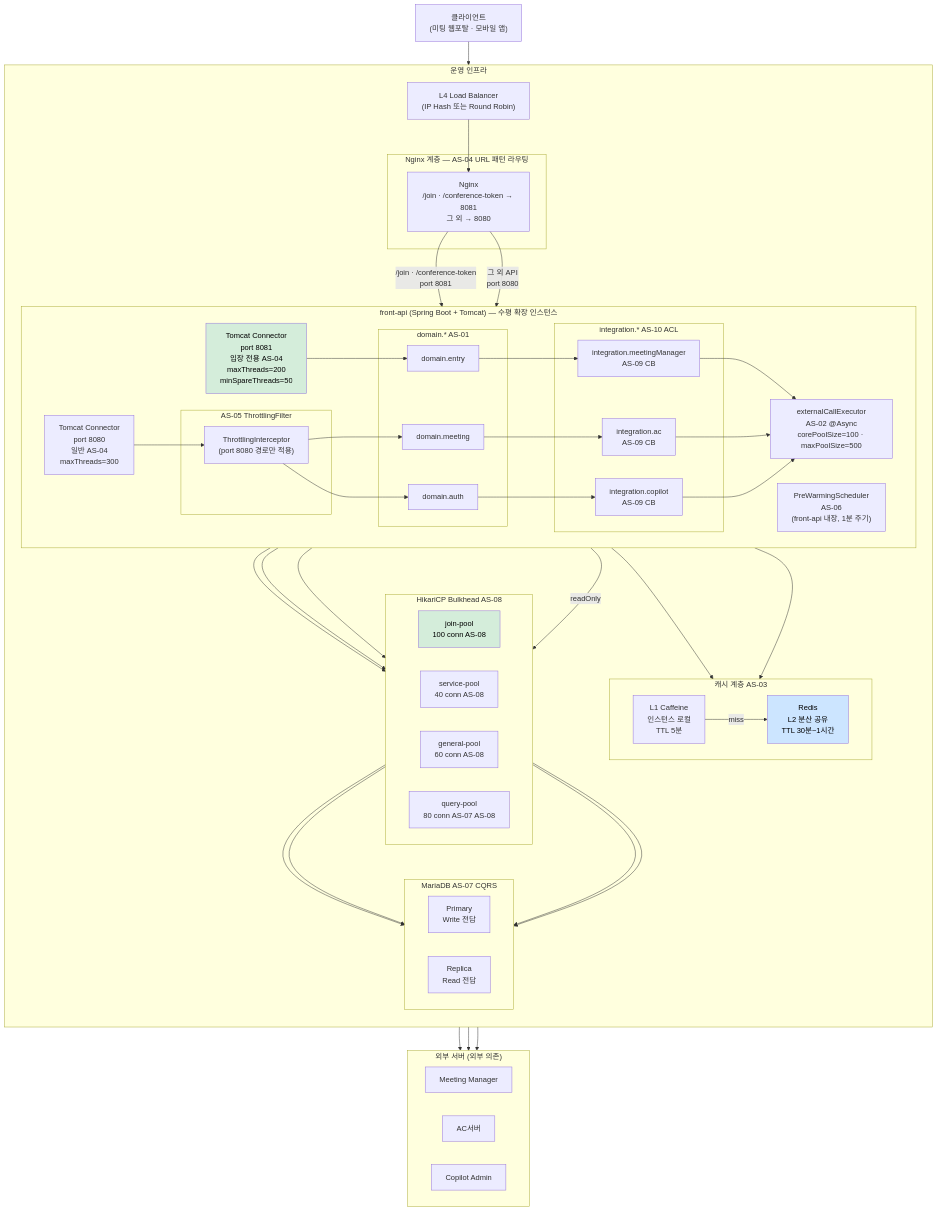
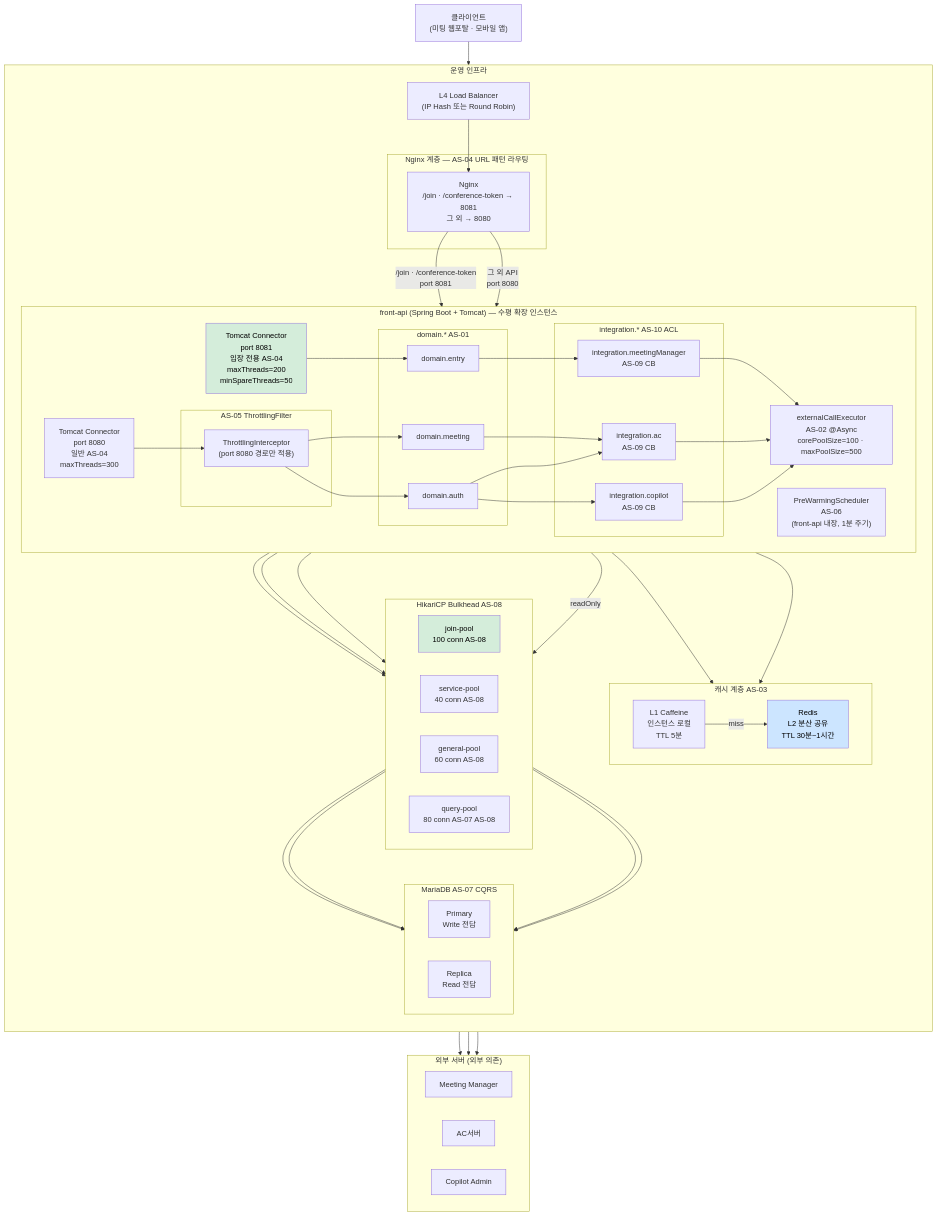
The diagram in docs/05-architecture-design/4.2-execution/4.2.3-deployment-view/overview.md (sujinnkim/A_Personal), drawn with Mermaid before and after one commit. The commit also changed 5 other files, not shown here.

```diff
--- a/docs/05-architecture-design/4.2-execution/4.2.3-deployment-view/overview.md
+++ b/docs/05-architecture-design/4.2-execution/4.2.3-deployment-view/overview.md
@@ -84,8 +84,8 @@
 
     %% domain → integration
     DE --> MM_INT
-    DA --> CP_INT
     DM --> AC_INT
+    DA --> AC_INT & CP_INT
 
     %% async
     MM_INT & AC_INT & CP_INT --> ASYNC
```
